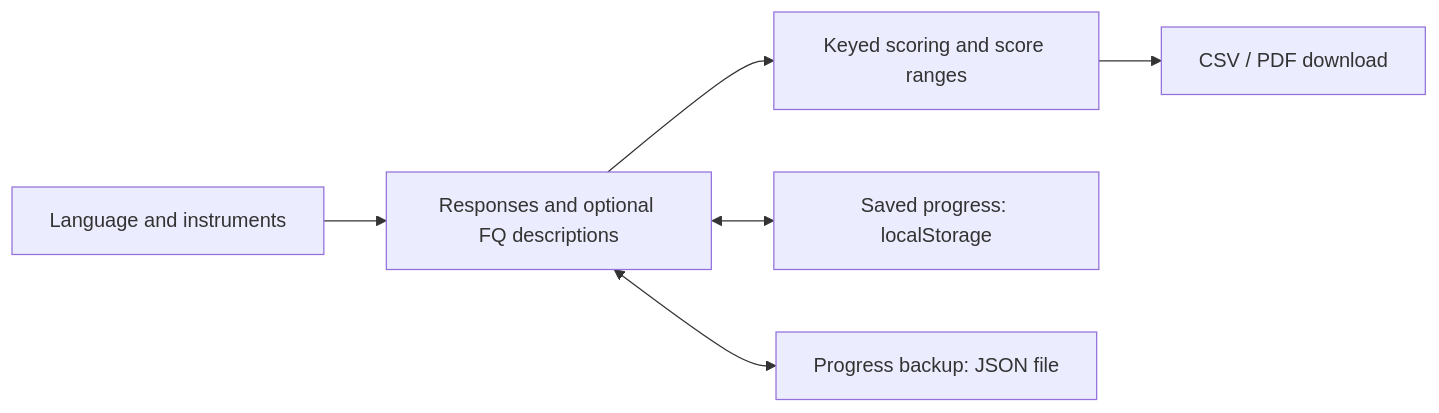
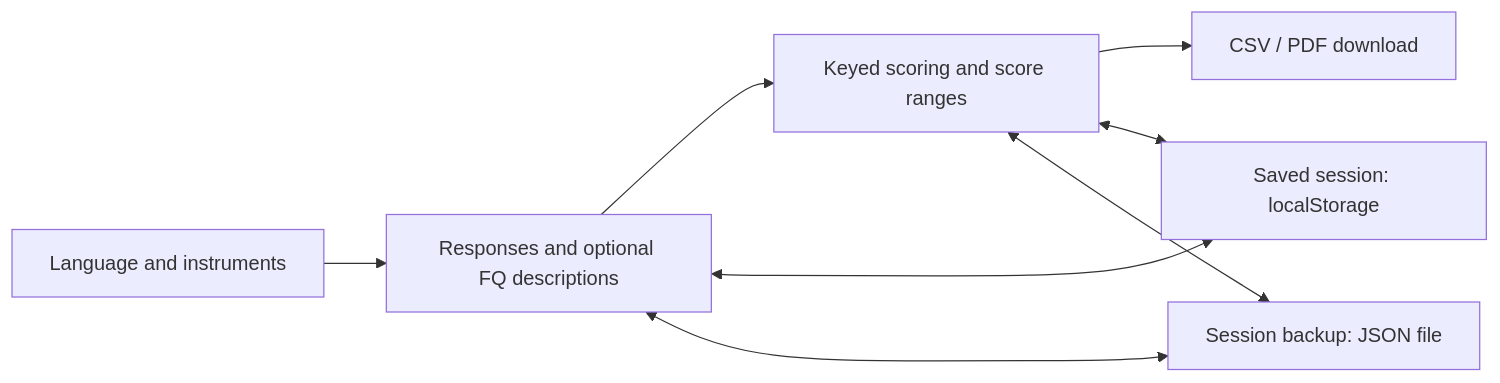
One commit to urmeo/psychometric changed the diagram in README.md. Above: the diagram before and after it, drawn with Mermaid. The commit also changed other lines of this file and 5 other files, not shown here.

````diff
--- a/README.md
+++ b/README.md
@@ -11,8 +11,10 @@
 ```mermaid
 flowchart LR
     A[Language and instruments] --> B[Responses and optional FQ descriptions]
     B --> C[Keyed scoring and score ranges]
     C --> D[CSV / PDF download]
-    B <--> E[Saved progress: localStorage]
-    B <--> F[Progress backup: JSON file]
+    B <--> E[Saved session: localStorage]
+    C <--> E
+    B <--> F[Session backup: JSON file]
+    C <--> F
 ```
````
